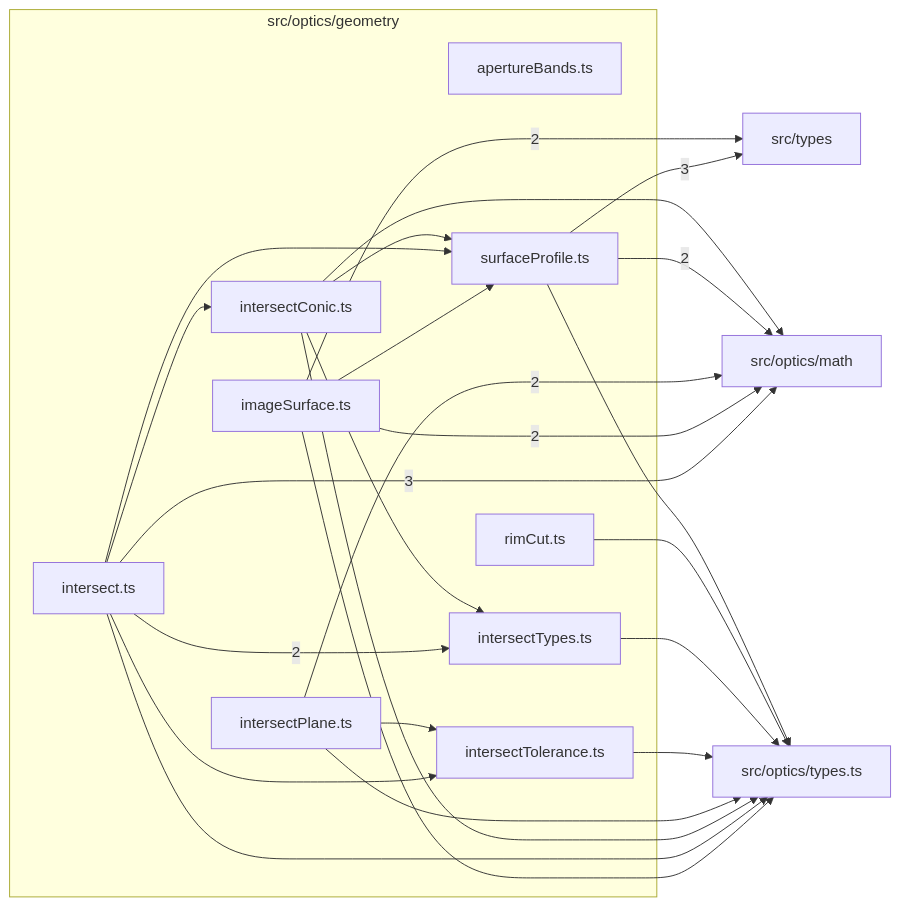
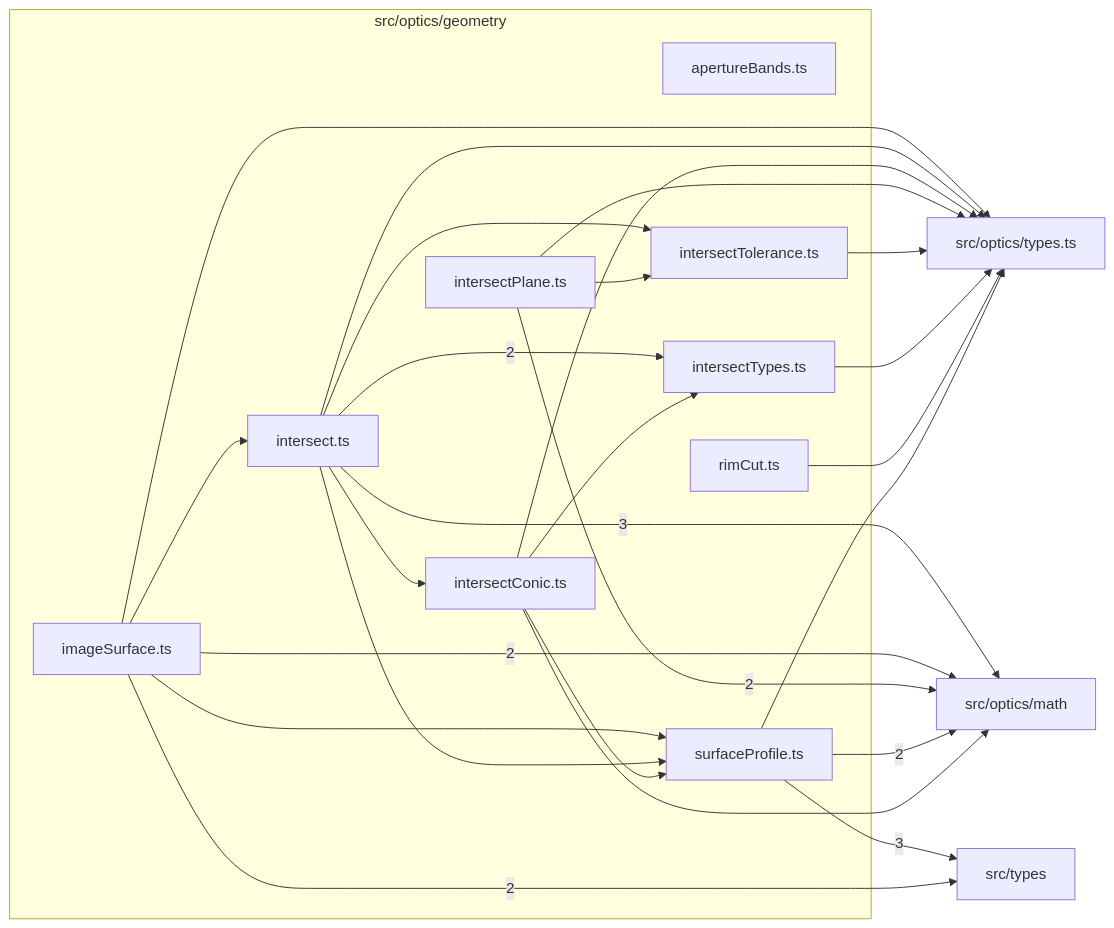
One commit to ronbuening/LensVisualizer changed the diagram in src/optics/geometry/readme.md. Above: the diagram before and after it, drawn with Mermaid. The commit also changed other lines of this file and 9 other files, not shown here.

First line of the commit message:
Fix cylinder clearance, corner placement and image-surface landing roots

````diff
--- a/src/optics/geometry/readme.md
+++ b/src/optics/geometry/readme.md
@@ -9,40 +9,41 @@
 ```mermaid
 flowchart LR
   subgraph n_src_optics_geometry["src/optics/geometry"]
     n_src_optics_geometry_src_optics_geometry_apertureBands_ts["apertureBands.ts"]
     n_src_optics_geometry_src_optics_geometry_imageSurface_ts["imageSurface.ts"]
     n_src_optics_geometry_src_optics_geometry_intersect_ts["intersect.ts"]
     n_src_optics_geometry_src_optics_geometry_intersectConic_ts["intersectConic.ts"]
     n_src_optics_geometry_src_optics_geometry_intersectPlane_ts["intersectPlane.ts"]
     n_src_optics_geometry_src_optics_geometry_intersectTolerance_ts["intersectTolerance.ts"]
     n_src_optics_geometry_src_optics_geometry_intersectTypes_ts["intersectTypes.ts"]
     n_src_optics_geometry_src_optics_geometry_rimCut_ts["rimCut.ts"]
     n_src_optics_geometry_src_optics_geometry_surfaceProfile_ts["surfaceProfile.ts"]
   end
   n_external_src_optics_math["src/optics/math"]
   n_external_src_types["src/types"]
   n_external_src_optics_types_ts["src/optics/types.ts"]
   n_src_optics_geometry_src_optics_geometry_intersect_ts --> |3| n_external_src_optics_math
   n_src_optics_geometry_src_optics_geometry_surfaceProfile_ts --> |3| n_external_src_types
   n_src_optics_geometry_src_optics_geometry_imageSurface_ts --> |2| n_external_src_optics_math
   n_src_optics_geometry_src_optics_geometry_intersectPlane_ts --> |2| n_external_src_optics_math
   n_src_optics_geometry_src_optics_geometry_surfaceProfile_ts --> |2| n_external_src_optics_math
   n_src_optics_geometry_src_optics_geometry_imageSurface_ts --> |2| n_external_src_types
   n_src_optics_geometry_src_optics_geometry_intersect_ts --> |2| n_src_optics_geometry_src_optics_geometry_intersectTypes_ts
   n_src_optics_geometry_src_optics_geometry_intersectConic_ts --> n_external_src_optics_math
   n_src_optics_geometry_src_optics_geometry_imageSurface_ts --> n_external_src_optics_types_ts
   n_src_optics_geometry_src_optics_geometry_intersect_ts --> n_external_src_optics_types_ts
   n_src_optics_geometry_src_optics_geometry_intersectConic_ts --> n_external_src_optics_types_ts
   n_src_optics_geometry_src_optics_geometry_intersectPlane_ts --> n_external_src_optics_types_ts
   n_src_optics_geometry_src_optics_geometry_intersectTolerance_ts --> n_external_src_optics_types_ts
   n_src_optics_geometry_src_optics_geometry_intersectTypes_ts --> n_external_src_optics_types_ts
   n_src_optics_geometry_src_optics_geometry_rimCut_ts --> n_external_src_optics_types_ts
   n_src_optics_geometry_src_optics_geometry_surfaceProfile_ts --> n_external_src_optics_types_ts
+  n_src_optics_geometry_src_optics_geometry_imageSurface_ts --> n_src_optics_geometry_src_optics_geometry_intersect_ts
   n_src_optics_geometry_src_optics_geometry_intersect_ts --> n_src_optics_geometry_src_optics_geometry_intersectConic_ts
   n_src_optics_geometry_src_optics_geometry_intersect_ts --> n_src_optics_geometry_src_optics_geometry_intersectTolerance_ts
   n_src_optics_geometry_src_optics_geometry_intersectPlane_ts --> n_src_optics_geometry_src_optics_geometry_intersectTolerance_ts
   n_src_optics_geometry_src_optics_geometry_intersectConic_ts --> n_src_optics_geometry_src_optics_geometry_intersectTypes_ts
   n_src_optics_geometry_src_optics_geometry_imageSurface_ts --> n_src_optics_geometry_src_optics_geometry_surfaceProfile_ts
   n_src_optics_geometry_src_optics_geometry_intersect_ts --> n_src_optics_geometry_src_optics_geometry_surfaceProfile_ts
   n_src_optics_geometry_src_optics_geometry_intersectConic_ts --> n_src_optics_geometry_src_optics_geometry_surfaceProfile_ts
 ```
````
